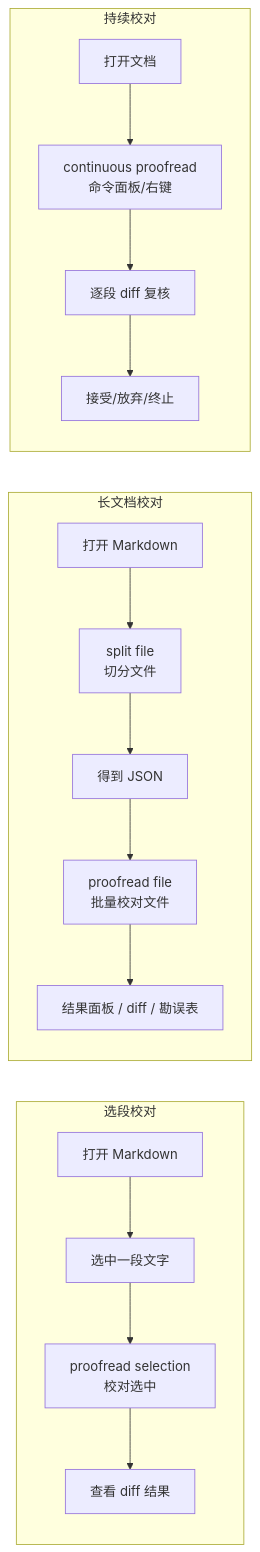
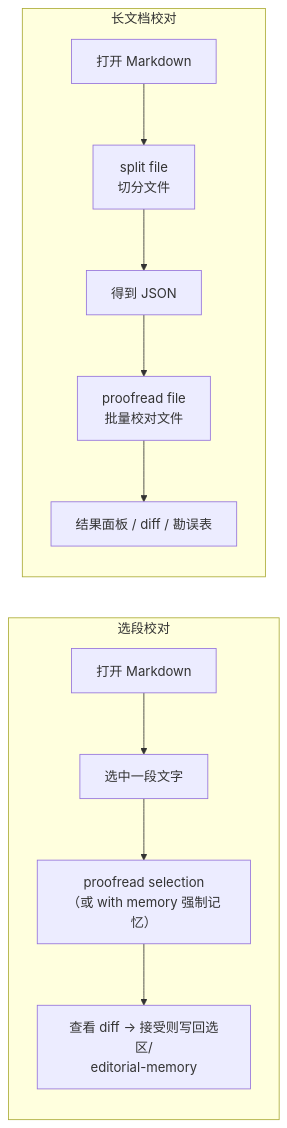
One commit to Fusyong/ai-proofread-vscode-extension changed the first of 5 diagrams in docs/commands-cheatsheet.md. Above: the diagram before and after it, drawn with Mermaid. The commit also changed other lines of this file and 10 other files, not shown here.

Commit message:
add proofreadWithMemory, and remove ai-proofread.proofreadSelectionWithExamples and ai-proofread.continuousProofread

````diff
--- a/docs/commands-cheatsheet.md
+++ b/docs/commands-cheatsheet.md
@@ -115,27 +115,19 @@
 ```mermaid
 flowchart LR
     subgraph 方式一["选段校对"]
         S1["打开 Markdown"]
         S2["选中一段文字"]
-        S3["proofread selection <br> 校对选中"]
-        S4["查看 diff 结果"]
+        S3["proofread selection<br/>（或 with memory 强制记忆）"]
+        S4["查看 diff → 接受则写回选区/<br/>editorial-memory"]
         S1 --> S2 --> S3 --> S4
     end
 
     subgraph 方式二["长文档校对"]
         L1["打开 Markdown"]
         L2["split file <br> 切分文件"]
         L3["得到 JSON"]
         L4["proofread file <br> 批量校对文件"]
         L5["结果面板 / diff / 勘误表"]
         L1 --> L2 --> L3 --> L4 --> L5
     end
-
-    subgraph 方式三["持续校对"]
-        C1["打开文档"]
-        C2["continuous proofread <br> 命令面板/右键"]
-        C3["逐段 diff 复核"]
-        C4["接受/放弃/终止"]
-        C1 --> C2 --> C3 --> C4
-    end
 ```
````
